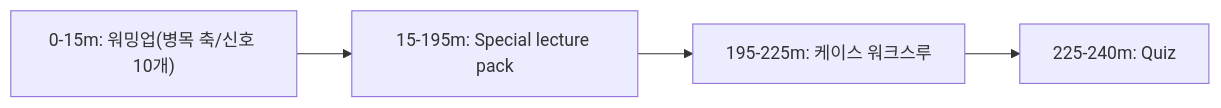
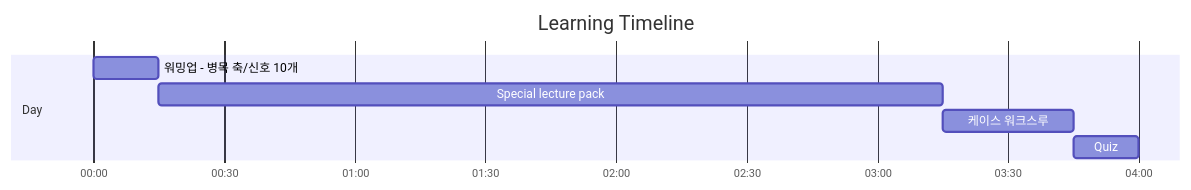
Before and after one commit to niceguy61/aws-saa-lecture-2026: the first of 2 diagrams in aws-saa/week03/day05/README.md, drawn with Mermaid. The commit also changed 21 other files, not shown here.

Commit message:
docs(aws-saa): use mermaid gantt for learning timelines

````diff
--- a/aws-saa/week03/day05/README.md
+++ b/aws-saa/week03/day05/README.md
@@ -24,6 +24,11 @@
 ```mermaid
-flowchart LR
-  A["0-15m: 워밍업(병목 축/신호 10개)"] --> B["15-195m: Special lecture pack"]
-  B --> C["195-225m: 케이스 워크스루"]
-  C --> D["225-240m: Quiz"]
+gantt
+  title Learning Timeline
+  dateFormat  HH:mm
+  axisFormat  %H:%M
+  section Day
+  워밍업 - 병목 축/신호 10개 :t1, 00:00, 15m
+  Special lecture pack :t2, after t1, 180m
+  케이스 워크스루 :t3, after t2, 30m
+  Quiz :t4, after t3, 15m
 ```
````
